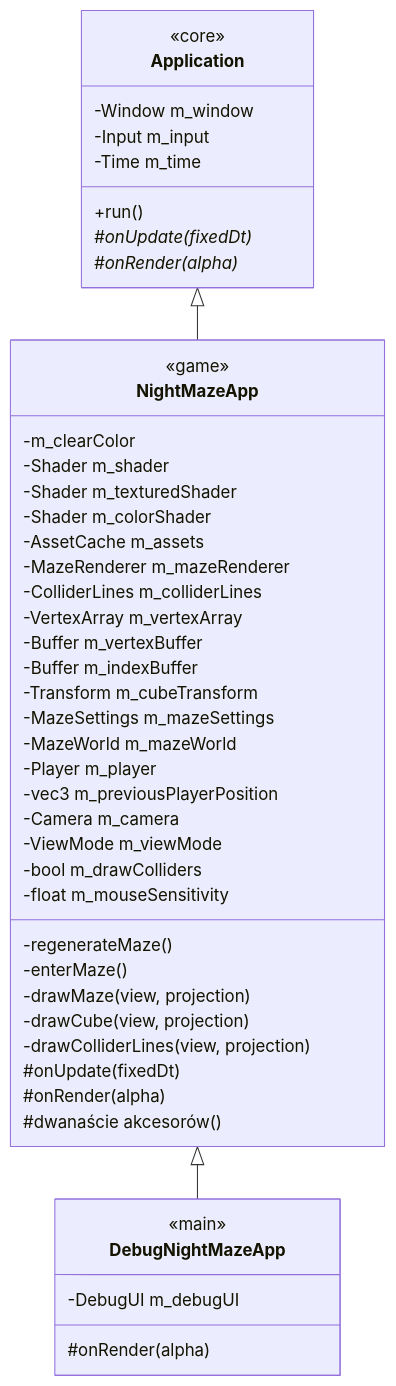
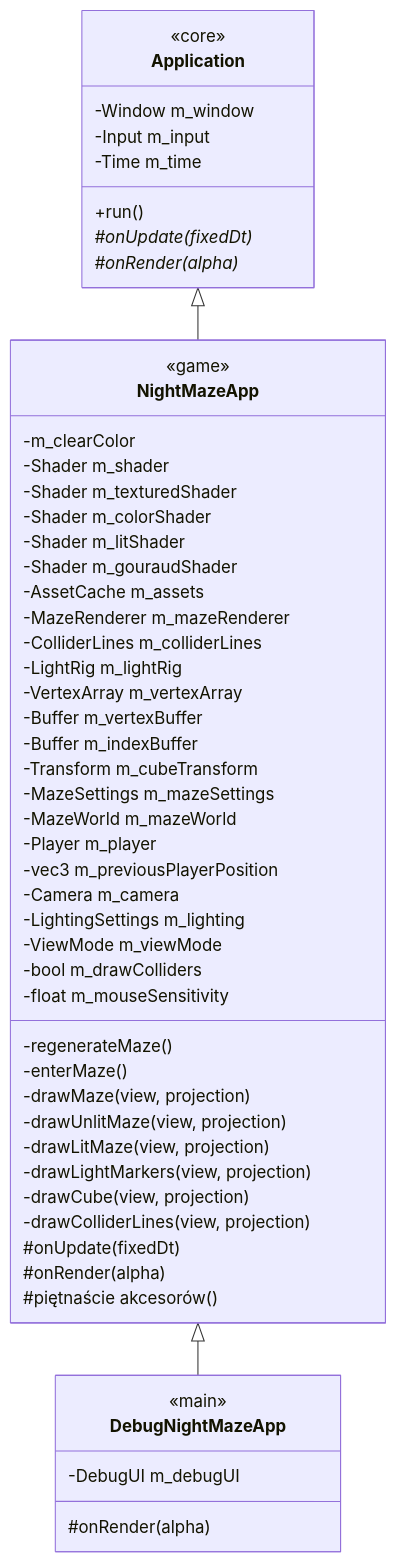
Before and after one commit to Shironex/night-maze: the third of 3 diagrams in docs/modules/core/README.md, drawn with Mermaid. The commit also changed other lines of this file and 52 other files, not shown here.

First line of the commit message:
feat(game): light the maze with moon, flashlight and point lights

````diff
--- a/docs/modules/core/README.md
+++ b/docs/modules/core/README.md
@@ -517,49 +705,56 @@
 ```mermaid
 classDiagram
     class Application {
         <<core>>
         -Window m_window
         -Input m_input
         -Time m_time
         +run()
         #onUpdate(fixedDt)*
         #onRender(alpha)*
     }
     class NightMazeApp {
         <<game>>
         -m_clearColor
         -Shader m_shader
         -Shader m_texturedShader
         -Shader m_colorShader
+        -Shader m_litShader
+        -Shader m_gouraudShader
         -AssetCache m_assets
         -MazeRenderer m_mazeRenderer
         -ColliderLines m_colliderLines
+        -LightRig m_lightRig
         -VertexArray m_vertexArray
         -Buffer m_vertexBuffer
         -Buffer m_indexBuffer
         -Transform m_cubeTransform
         -MazeSettings m_mazeSettings
         -MazeWorld m_mazeWorld
         -Player m_player
         -vec3 m_previousPlayerPosition
         -Camera m_camera
+        -LightingSettings m_lighting
         -ViewMode m_viewMode
         -bool m_drawColliders
         -float m_mouseSensitivity
         -regenerateMaze()
         -enterMaze()
         -drawMaze(view, projection)
+        -drawUnlitMaze(view, projection)
+        -drawLitMaze(view, projection)
+        -drawLightMarkers(view, projection)
         -drawCube(view, projection)
         -drawColliderLines(view, projection)
         #onUpdate(fixedDt)
         #onRender(alpha)
-        #dwanaście akcesorów()
+        #piętnaście akcesorów()
     }
     class DebugNightMazeApp {
         <<main>>
         -DebugUI m_debugUI
         #onRender(alpha)
     }
     Application <|-- NightMazeApp
     NightMazeApp <|-- DebugNightMazeApp
 ```
````
